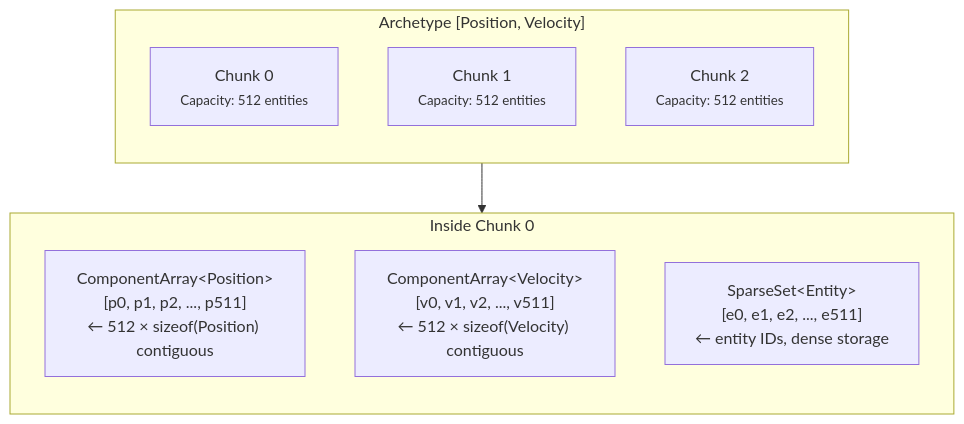
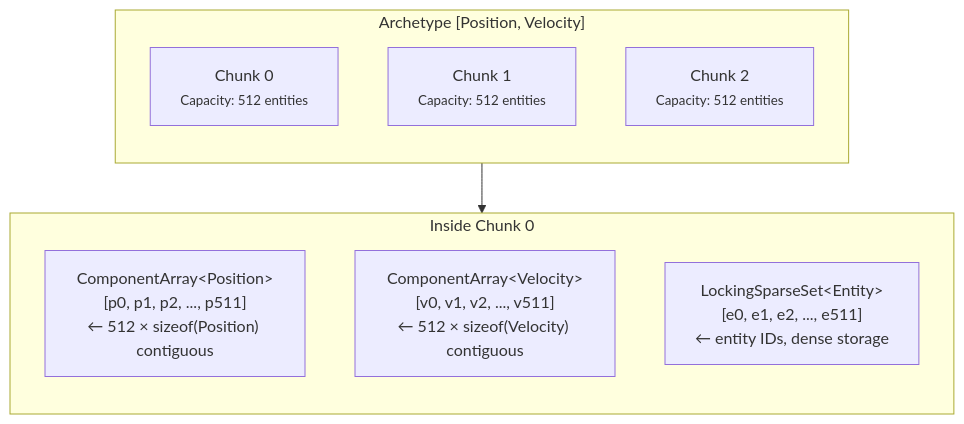
The first of 4 diagrams in docs/concepts/memory-layout.md (gilmar-sales/Freyr), drawn with Mermaid before and after one commit. The commit also changed other lines of this file and 14 other files, not shown here.

Commit message:
refactor(containers): separate locking and non-locking sparse set implementations

````diff
--- a/docs/concepts/memory-layout.md
+++ b/docs/concepts/memory-layout.md
@@ -31,19 +31,19 @@
 ```mermaid
 graph TB
     subgraph Archetype["Archetype [Position, Velocity]"]
         direction TB
         C0["Chunk 0<br/><small>Capacity: 512 entities</small>"]
         C1["Chunk 1<br/><small>Capacity: 512 entities</small>"]
         C2["Chunk 2<br/><small>Capacity: 512 entities</small>"]
     end
 
     subgraph ChunkDetail["Inside Chunk 0"]
         direction TB
         POS["ComponentArray&lt;Position&gt;<br/>[p0, p1, p2, ..., p511]<br/>← 512 × sizeof(Position) contiguous"]
         VEL["ComponentArray&lt;Velocity&gt;<br/>[v0, v1, v2, ..., v511]<br/>← 512 × sizeof(Velocity) contiguous"]
-        ENT["SparseSet&lt;Entity&gt;<br/>[e0, e1, e2, ..., e511]<br/>← entity IDs, dense storage"]
+        ENT["LockingSparseSet&lt;Entity&gt;<br/>[e0, e1, e2, ..., e511]<br/>← entity IDs, dense storage"]
     end
 
     C0 --> ChunkDetail
 
 ```
````
